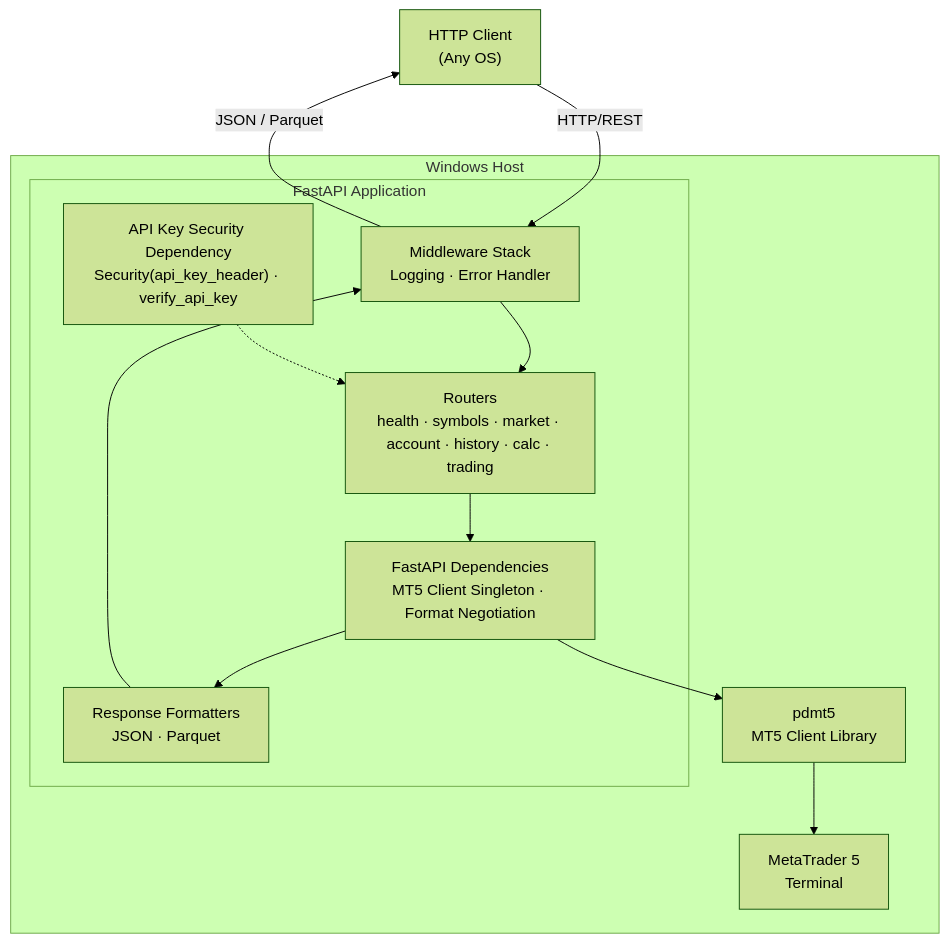
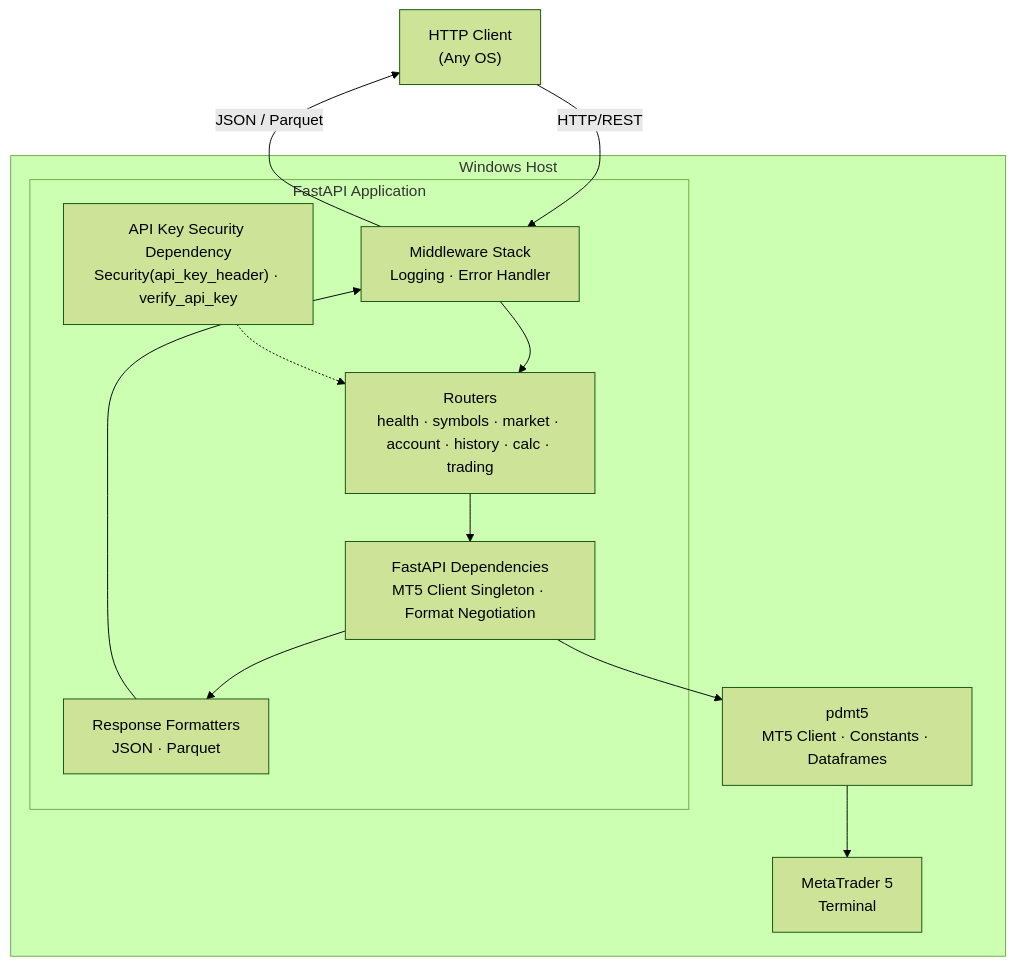
One commit to dceoy/mt5api changed the diagram in README.md. Above: the diagram before and after it, drawn with Mermaid (forest theme). The commit also changed other lines of this file and 11 other files, not shown here.

````diff
--- a/README.md
+++ b/README.md
@@ -19,23 +23,23 @@
 ```mermaid
 graph TB
     Client["HTTP Client<br/>(Any OS)"]
 
     subgraph "Windows Host"
         subgraph "FastAPI Application"
             Middleware["Middleware Stack<br/>Logging · Error Handler"]
             Routers["Routers<br/>health · symbols · market · account · history · calc · trading"]
             Auth["API Key Security Dependency<br/>Security(api_key_header) · verify_api_key"]
             Deps["FastAPI Dependencies<br/>MT5 Client Singleton · Format Negotiation"]
             Formatters["Response Formatters<br/>JSON · Parquet"]
             Middleware --> Routers --> Deps --> Formatters
             Auth -.-> Routers
             Formatters --> Middleware
         end
 
-        Deps --> pdmt5["pdmt5<br/>MT5 Client Library"]
+        Deps --> pdmt5["pdmt5<br/>MT5 Client · Constants · Dataframes"]
         pdmt5 --> MT5["MetaTrader 5<br/>Terminal"]
     end
 
     Client -- "HTTP/REST" --> Middleware
     Middleware -- "JSON / Parquet" --> Client
 ```
````
